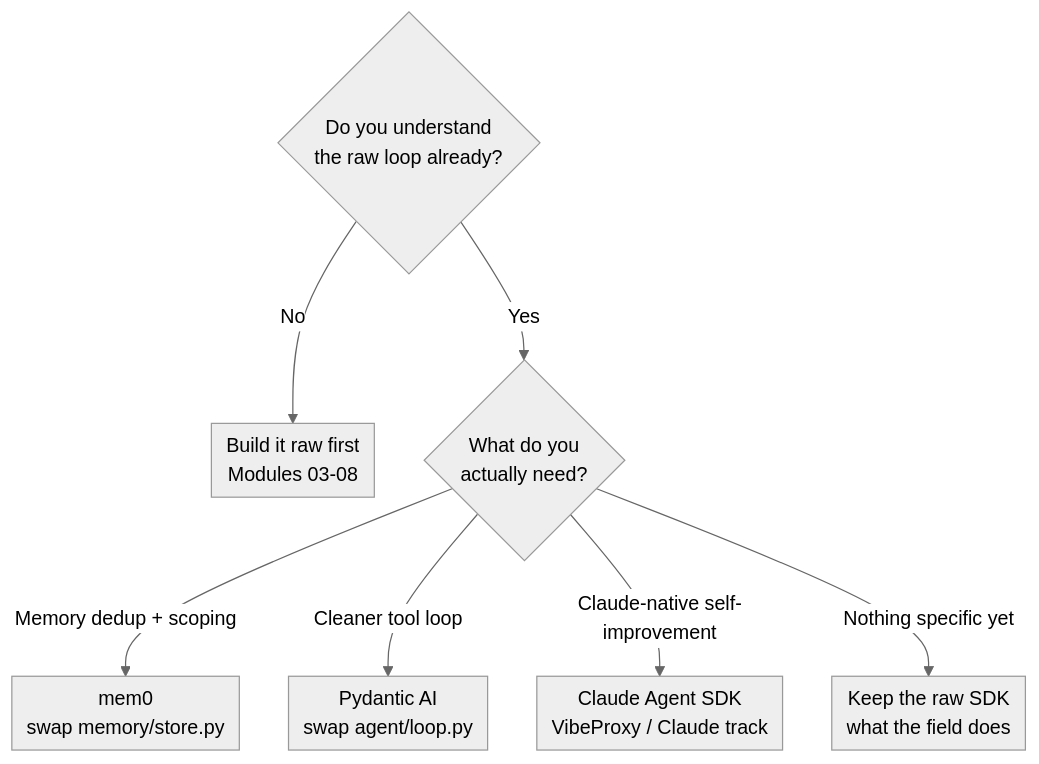
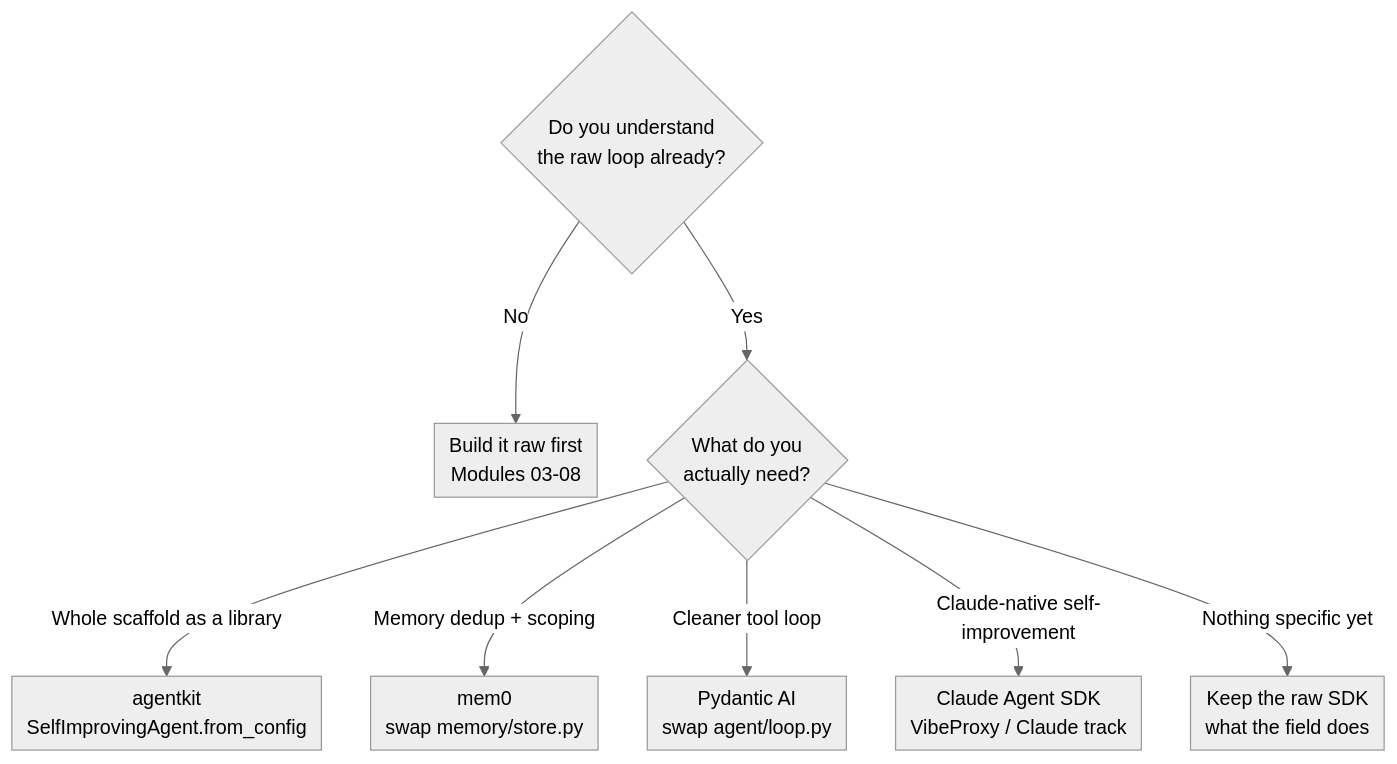
Before and after one commit to shaneliuyx/self-improving-agents-curriculum: the first of 2 diagrams in curriculum/13 - Graduating to a Framework.md, drawn with Mermaid. The commit also changed other lines of this file and 10 other files, not shown here.

First line of the commit message:
docs(curriculum): teach building the lab agent on agentkit (full replace)

````diff
--- a/curriculum/13 - Graduating to a Framework.md
+++ b/curriculum/13 - Graduating to a Framework.md
@@ -53,11 +55,12 @@
 ```mermaid
 %%{init: {"theme":"neutral","themeVariables":{"fontSize":"16px"},"flowchart":{"htmlLabels":true,"nodeSpacing":40,"rankSpacing":46,"padding":6,"useMaxWidth":true}}}%%
 flowchart TD
     Q1{"Do you understand<br/>the raw loop already?"}
     Q1 -->|No| Build["Build it raw first<br/>Modules 03-08"]
     Q1 -->|Yes| Q2{"What do you<br/>actually need?"}
+    Q2 -->|Whole scaffold as a library| AK["agentkit<br/>SelfImprovingAgent.from_config"]
     Q2 -->|Memory dedup + scoping| Mem0["mem0<br/>swap memory/store.py"]
     Q2 -->|Cleaner tool loop| Pyd["Pydantic AI<br/>swap agent/loop.py"]
     Q2 -->|Claude-native self-improvement| CAS["Claude Agent SDK<br/>VibeProxy / Claude track"]
     Q2 -->|Nothing specific yet| Keep["Keep the raw SDK<br/>what the field does"]
 ```
````
